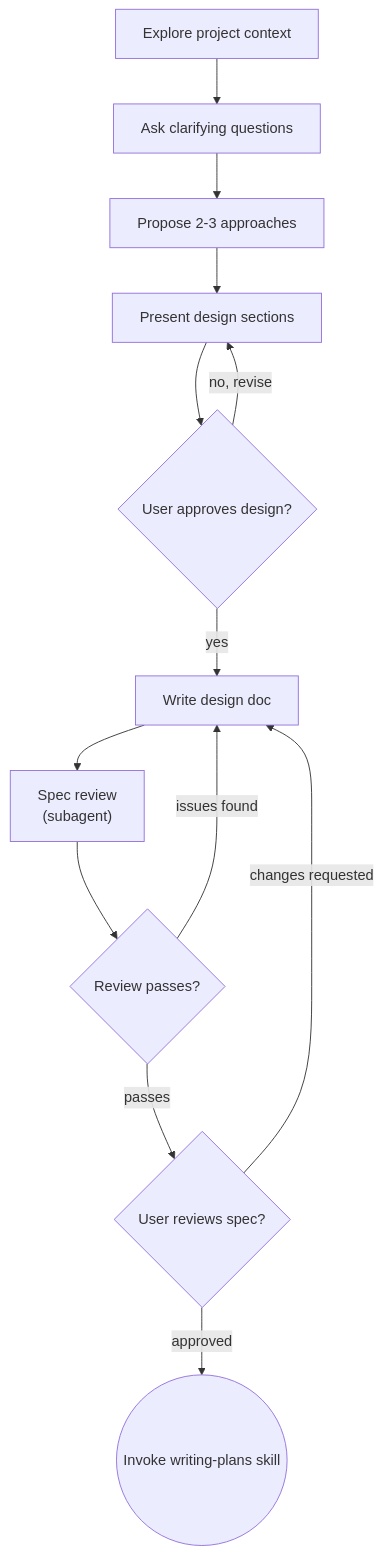
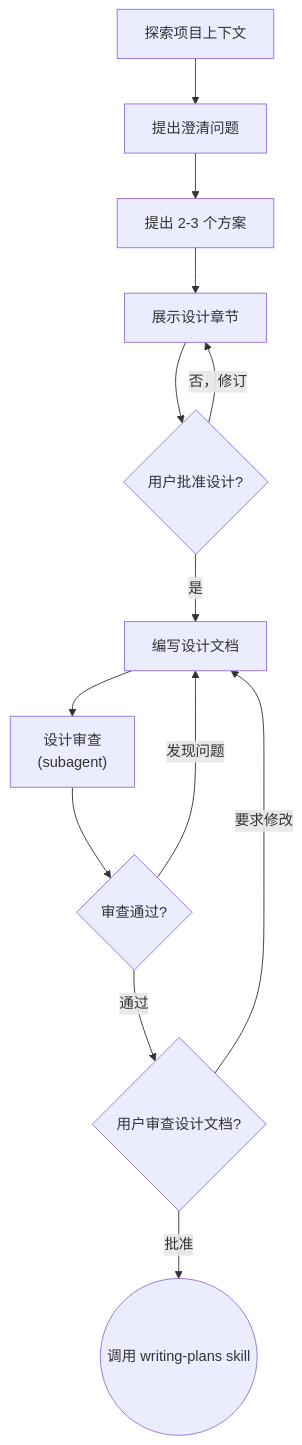
Before and after one commit to BaiduComate/mission-flow: the diagram in skills/brainstorming/SKILL.md, drawn with Mermaid. The commit also changed other lines of this file and 3 other files, not shown here.

````diff
--- a/skills/brainstorming/SKILL.md
+++ b/skills/brainstorming/SKILL.md
@@ -35,15 +86,15 @@
 ```mermaid
 flowchart TD
-    A[Explore project context] --> B[Ask clarifying questions]
-    B --> C[Propose 2-3 approaches]
-    C --> D[Present design sections]
-    D --> E{User approves design?}
-    E -->|"no, revise"| D
-    E -->|yes| F[Write design doc]
-    F --> G["Spec review<br/>(subagent)"]
-    G --> G2{Review passes?}
-    G2 -->|"issues found"| F
-    G2 -->|passes| H{User reviews spec?}
-    H -->|"changes requested"| F
-    H -->|approved| I((Invoke writing-plans skill))
+    A[探索项目上下文] --> B[提出澄清问题]
+    B --> C[提出 2-3 个方案]
+    C --> D[展示设计章节]
+    D --> E{用户批准设计?}
+    E -->|"否，修订"| D
+    E -->|是| F[编写设计文档]
+    F --> G["设计审查<br/>(subagent)"]
+    G --> G2{审查通过?}
+    G2 -->|"发现问题"| F
+    G2 -->|通过| H{用户审查设计文档?}
+    H -->|"要求修改"| F
+    H -->|批准| I((调用 writing-plans skill))
 ```
````
